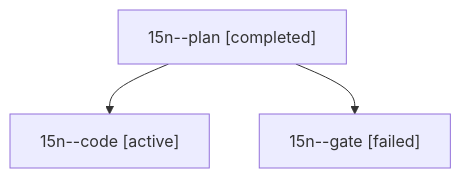
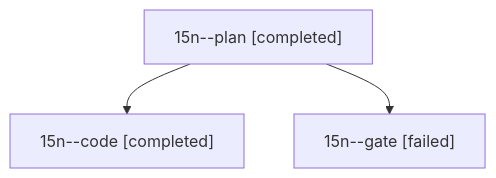
One commit to bobs-org/bob-cli--agents changed the diagram in sessions/bbugyi200.athena.15n.md. Above: the diagram before and after it, drawn with Mermaid. The commit also changed other lines of this file and 44 other files, not shown here.

````diff
--- a/sessions/bbugyi200.athena.15n.md
+++ b/sessions/bbugyi200.athena.15n.md
@@ -9,8 +9,8 @@
 ```mermaid
 flowchart TD
   n0["15n--plan [completed]"]
-  n1["15n--code [active]"]
+  n1["15n--code [completed]"]
   n0 --> n1
   n2["15n--gate [failed]"]
   n0 --> n2
 ```
````
